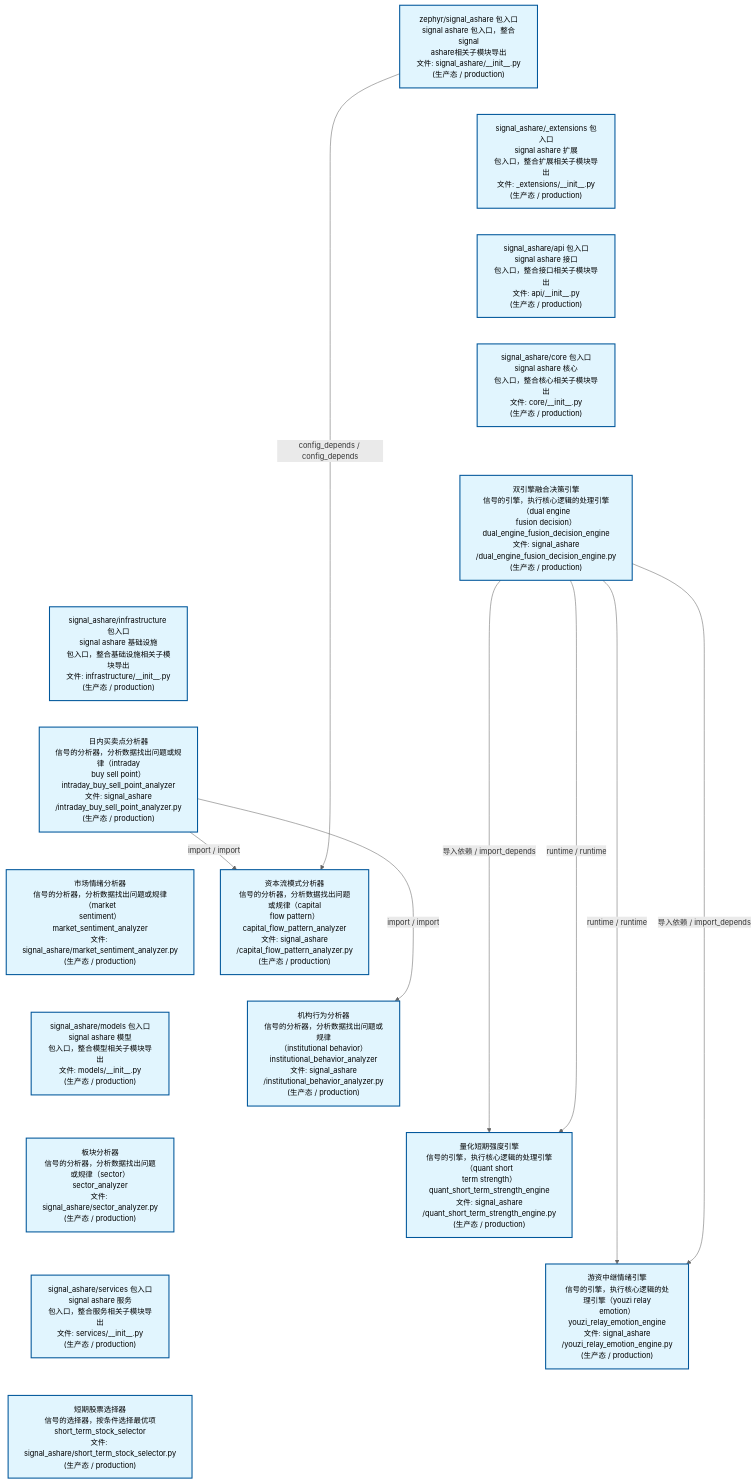
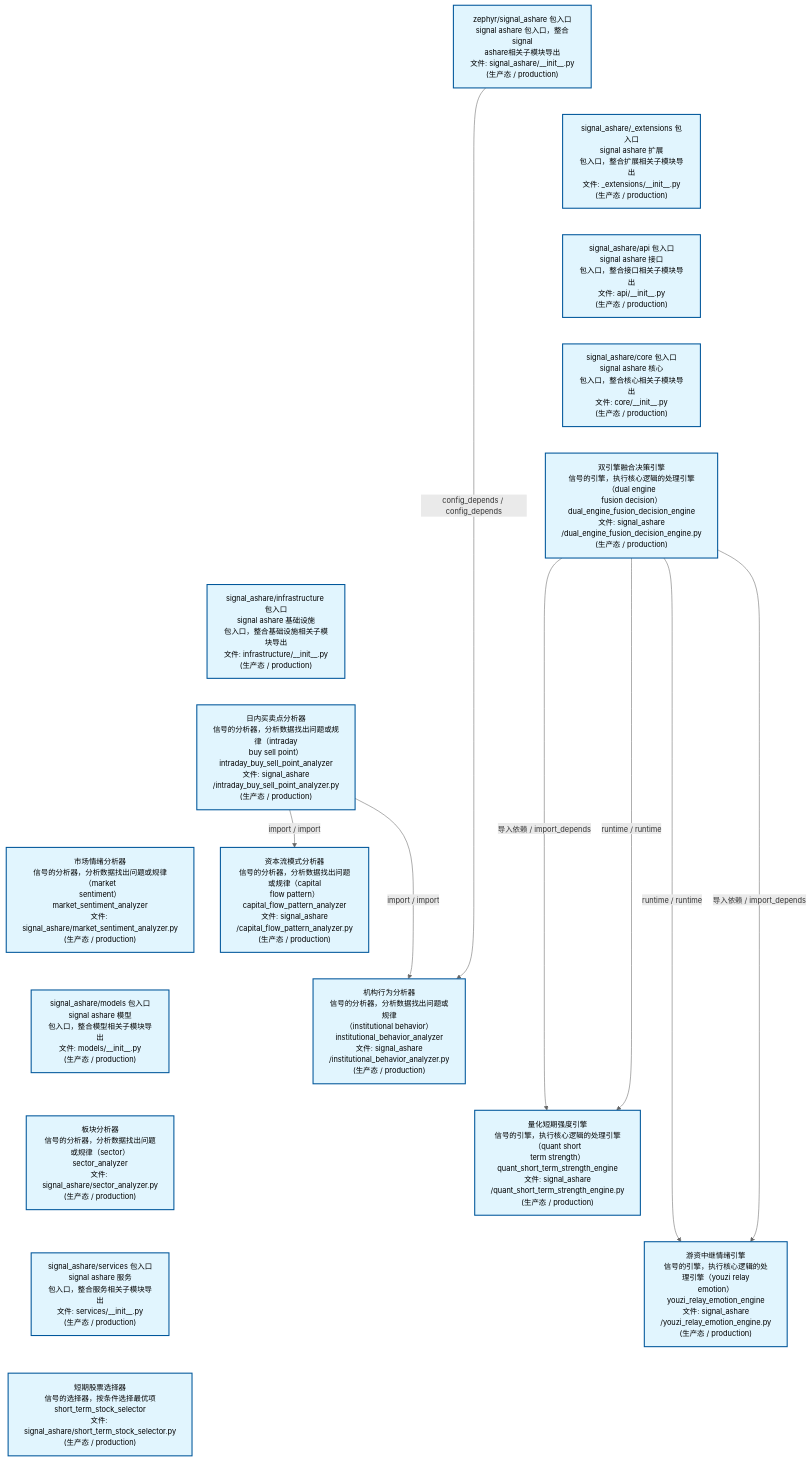
The second of 4 diagrams in docs/02_enterprise_architecture/02_domain_architecture_docs/32_d_ashare_signal.md (xuanFelixVan/ZephyrAlpha), drawn with Mermaid before and after one commit. The commit also changed other lines of this file and 45 other files, not shown here.

````diff
--- a/docs/02_enterprise_architecture/02_domain_architecture_docs/32_d_ashare_signal.md
+++ b/docs/02_enterprise_architecture/02_domain_architecture_docs/32_d_ashare_signal.md
@@ -163,46 +163,46 @@
 ```mermaid
 %%{init: {'theme': 'base', 'themeVariables': {'primaryColor': '#eaeaea', 'primaryTextColor': '#333333', 'primaryBorderColor': '#666666', 'lineColor': '#666666', 'secondaryColor': '#eaeaea', 'tertiaryColor': '#eaeaea', 'fontSize': '14px'}}}%%
 flowchart TD
     src_zephyr_signal_ashare_init_py["zephyr/signal_ashare 包入口<br/>signal ashare 包入口，整合signal<br/>ashare相关子模块导出<br/>文件: signal_ashare/__init__.py<br/>(生产态 / production)"]
     src_zephyr_signal_ashare_extensions_init_py["signal_ashare/_extensions 包入口<br/>signal ashare 扩展<br/>包入口，整合扩展相关子模块导出<br/>文件: _extensions/__init__.py<br/>(生产态 / production)"]
     src_zephyr_signal_ashare_api_init_py["signal_ashare/api 包入口<br/>signal ashare 接口<br/>包入口，整合接口相关子模块导出<br/>文件: api/__init__.py<br/>(生产态 / production)"]
     src_zephyr_signal_ashare_core_init_py["signal_ashare/core 包入口<br/>signal ashare 核心<br/>包入口，整合核心相关子模块导出<br/>文件: core/__init__.py<br/>(生产态 / production)"]
     src_zephyr_signal_ashare_dual_engine_fusion_decision_engine_py["双引擎融合决策引擎<br/>信号的引擎，执行核心逻辑的处理引擎（dual engine<br/>fusion decision）<br/>dual_engine_fusion_decision_engine<br/>文件: signal_ashare<br/>/dual_engine_fusion_decision_engine.py<br/>(生产态 / production)"]
     src_zephyr_signal_ashare_infrastructure_init_py["signal_ashare/infrastructure 包入口<br/>signal ashare 基础设施<br/>包入口，整合基础设施相关子模块导出<br/>文件: infrastructure/__init__.py<br/>(生产态 / production)"]
     src_zephyr_signal_ashare_intraday_buy_sell_point_analyzer_py["日内买卖点分析器<br/>信号的分析器，分析数据找出问题或规律（intraday<br/>buy sell point）<br/>intraday_buy_sell_point_analyzer<br/>文件: signal_ashare<br/>/intraday_buy_sell_point_analyzer.py<br/>(生产态 / production)"]
     src_zephyr_signal_ashare_market_sentiment_analyzer_py["市场情绪分析器<br/>信号的分析器，分析数据找出问题或规律（market<br/>sentiment）<br/>market_sentiment_analyzer<br/>文件: signal_ashare/market_sentiment_analyzer.py<br/>(生产态 / production)"]
     src_zephyr_signal_ashare_models_init_py["signal_ashare/models 包入口<br/>signal ashare 模型<br/>包入口，整合模型相关子模块导出<br/>文件: models/__init__.py<br/>(生产态 / production)"]
     src_zephyr_signal_ashare_sector_analyzer_py["板块分析器<br/>信号的分析器，分析数据找出问题或规律（sector）<br/>sector_analyzer<br/>文件: signal_ashare/sector_analyzer.py<br/>(生产态 / production)"]
     src_zephyr_signal_ashare_services_init_py["signal_ashare/services 包入口<br/>signal ashare 服务<br/>包入口，整合服务相关子模块导出<br/>文件: services/__init__.py<br/>(生产态 / production)"]
     src_zephyr_signal_ashare_short_term_stock_selector_py["短期股票选择器<br/>信号的选择器，按条件选择最优项<br/>short_term_stock_selector<br/>文件: signal_ashare/short_term_stock_selector.py<br/>(生产态 / production)"]
     src_zephyr_signal_ashare_init_py ~~~ src_zephyr_signal_ashare_extensions_init_py
     src_zephyr_signal_ashare_extensions_init_py ~~~ src_zephyr_signal_ashare_api_init_py
     src_zephyr_signal_ashare_api_init_py ~~~ src_zephyr_signal_ashare_core_init_py
     src_zephyr_signal_ashare_core_init_py ~~~ src_zephyr_signal_ashare_dual_engine_fusion_decision_engine_py
     src_zephyr_signal_ashare_dual_engine_fusion_decision_engine_py ~~~ src_zephyr_signal_ashare_infrastructure_init_py
     src_zephyr_signal_ashare_infrastructure_init_py ~~~ src_zephyr_signal_ashare_intraday_buy_sell_point_analyzer_py
     src_zephyr_signal_ashare_intraday_buy_sell_point_analyzer_py ~~~ src_zephyr_signal_ashare_market_sentiment_analyzer_py
     src_zephyr_signal_ashare_market_sentiment_analyzer_py ~~~ src_zephyr_signal_ashare_models_init_py
     src_zephyr_signal_ashare_models_init_py ~~~ src_zephyr_signal_ashare_sector_analyzer_py
     src_zephyr_signal_ashare_sector_analyzer_py ~~~ src_zephyr_signal_ashare_services_init_py
     src_zephyr_signal_ashare_services_init_py ~~~ src_zephyr_signal_ashare_short_term_stock_selector_py
     src_zephyr_signal_ashare_capital_flow_pattern_analyzer_py["资本流模式分析器<br/>信号的分析器，分析数据找出问题或规律（capital<br/>flow pattern）<br/>capital_flow_pattern_analyzer<br/>文件: signal_ashare<br/>/capital_flow_pattern_analyzer.py<br/>(生产态 / production)"]
     src_zephyr_signal_ashare_institutional_behavior_analyzer_py["机构行为分析器<br/>信号的分析器，分析数据找出问题或规律<br/>（institutional behavior）<br/>institutional_behavior_analyzer<br/>文件: signal_ashare<br/>/institutional_behavior_analyzer.py<br/>(生产态 / production)"]
     src_zephyr_signal_ashare_quant_short_term_strength_engine_py["量化短期强度引擎<br/>信号的引擎，执行核心逻辑的处理引擎（quant short<br/>term strength）<br/>quant_short_term_strength_engine<br/>文件: signal_ashare<br/>/quant_short_term_strength_engine.py<br/>(生产态 / production)"]
     src_zephyr_signal_ashare_youzi_relay_emotion_engine_py["游资中继情绪引擎<br/>信号的引擎，执行核心逻辑的处理引擎（youzi relay<br/>emotion）<br/>youzi_relay_emotion_engine<br/>文件: signal_ashare<br/>/youzi_relay_emotion_engine.py<br/>(生产态 / production)"]
     src_zephyr_signal_ashare_capital_flow_pattern_analyzer_py ~~~ src_zephyr_signal_ashare_institutional_behavior_analyzer_py
     src_zephyr_signal_ashare_institutional_behavior_analyzer_py ~~~ src_zephyr_signal_ashare_quant_short_term_strength_engine_py
     src_zephyr_signal_ashare_quant_short_term_strength_engine_py ~~~ src_zephyr_signal_ashare_youzi_relay_emotion_engine_py
+    src_zephyr_signal_ashare_intraday_buy_sell_point_analyzer_py -->|import / import| src_zephyr_signal_ashare_institutional_behavior_analyzer_py
     src_zephyr_signal_ashare_intraday_buy_sell_point_analyzer_py -->|import / import| src_zephyr_signal_ashare_capital_flow_pattern_analyzer_py
-    src_zephyr_signal_ashare_intraday_buy_sell_point_analyzer_py -->|import / import| src_zephyr_signal_ashare_institutional_behavior_analyzer_py
     src_zephyr_signal_ashare_dual_engine_fusion_decision_engine_py -->|导入依赖 / import_depends| src_zephyr_signal_ashare_quant_short_term_strength_engine_py
     src_zephyr_signal_ashare_dual_engine_fusion_decision_engine_py -->|runtime / runtime| src_zephyr_signal_ashare_quant_short_term_strength_engine_py
     src_zephyr_signal_ashare_dual_engine_fusion_decision_engine_py -->|runtime / runtime| src_zephyr_signal_ashare_youzi_relay_emotion_engine_py
     src_zephyr_signal_ashare_dual_engine_fusion_decision_engine_py -->|导入依赖 / import_depends| src_zephyr_signal_ashare_youzi_relay_emotion_engine_py
-    src_zephyr_signal_ashare_init_py -->|config_depends / config_depends| src_zephyr_signal_ashare_capital_flow_pattern_analyzer_py
+    src_zephyr_signal_ashare_init_py -->|config_depends / config_depends| src_zephyr_signal_ashare_institutional_behavior_analyzer_py
     classDef production fill:#e1f5fe,stroke:#01579b,stroke-width:2px,color:#000
     classDef design fill:#fff3e0,stroke:#e65100,stroke-width:2px,color:#000,stroke-dasharray: 5 5
     classDef external_prod fill:#e8f4fd,stroke:#0277bd,stroke-width:1px,color:#000
     classDef external_design fill:#fff8e7,stroke:#ef6c00,stroke-width:1px,color:#000,stroke-dasharray: 5 5
     class src_zephyr_signal_ashare_init_py,src_zephyr_signal_ashare_extensions_init_py,src_zephyr_signal_ashare_api_init_py,src_zephyr_signal_ashare_capital_flow_pattern_analyzer_py,src_zephyr_signal_ashare_core_init_py,src_zephyr_signal_ashare_dual_engine_fusion_decision_engine_py,src_zephyr_signal_ashare_infrastructure_init_py,src_zephyr_signal_ashare_institutional_behavior_analyzer_py,src_zephyr_signal_ashare_intraday_buy_sell_point_analyzer_py,src_zephyr_signal_ashare_market_sentiment_analyzer_py,src_zephyr_signal_ashare_models_init_py,src_zephyr_signal_ashare_quant_short_term_strength_engine_py,src_zephyr_signal_ashare_sector_analyzer_py,src_zephyr_signal_ashare_services_init_py,src_zephyr_signal_ashare_short_term_stock_selector_py,src_zephyr_signal_ashare_youzi_relay_emotion_engine_py production
 ```
````
